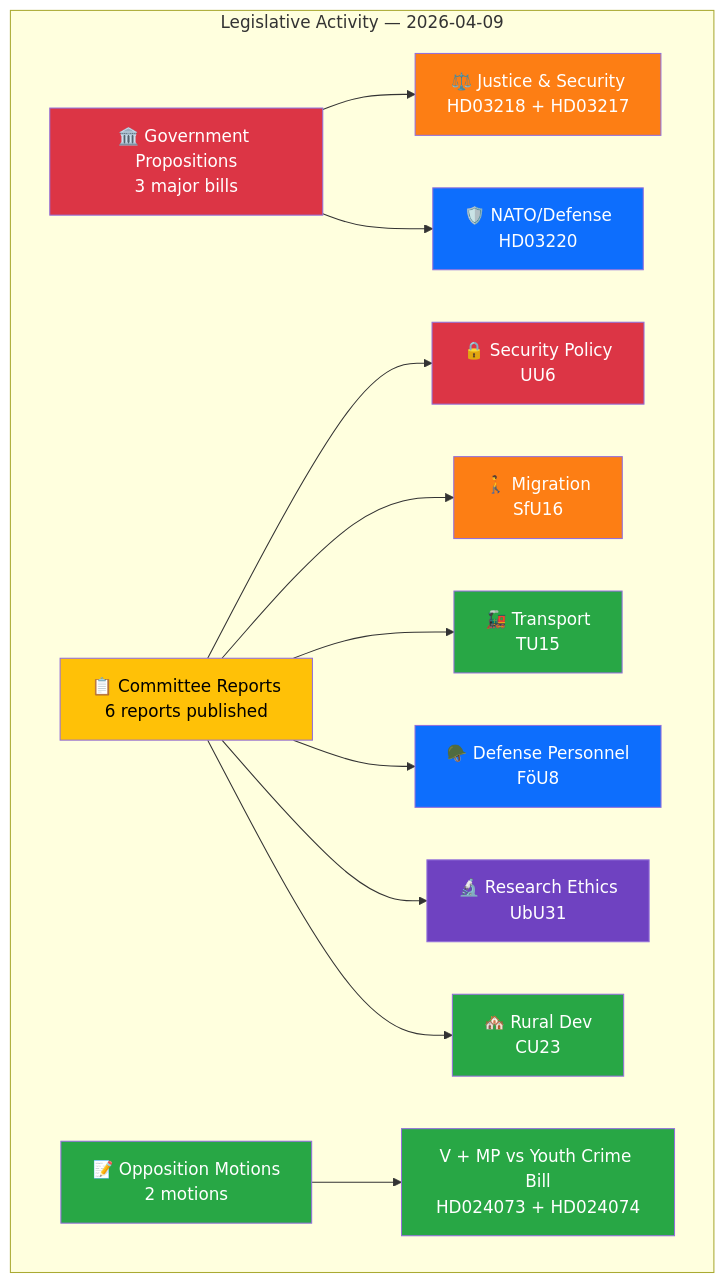
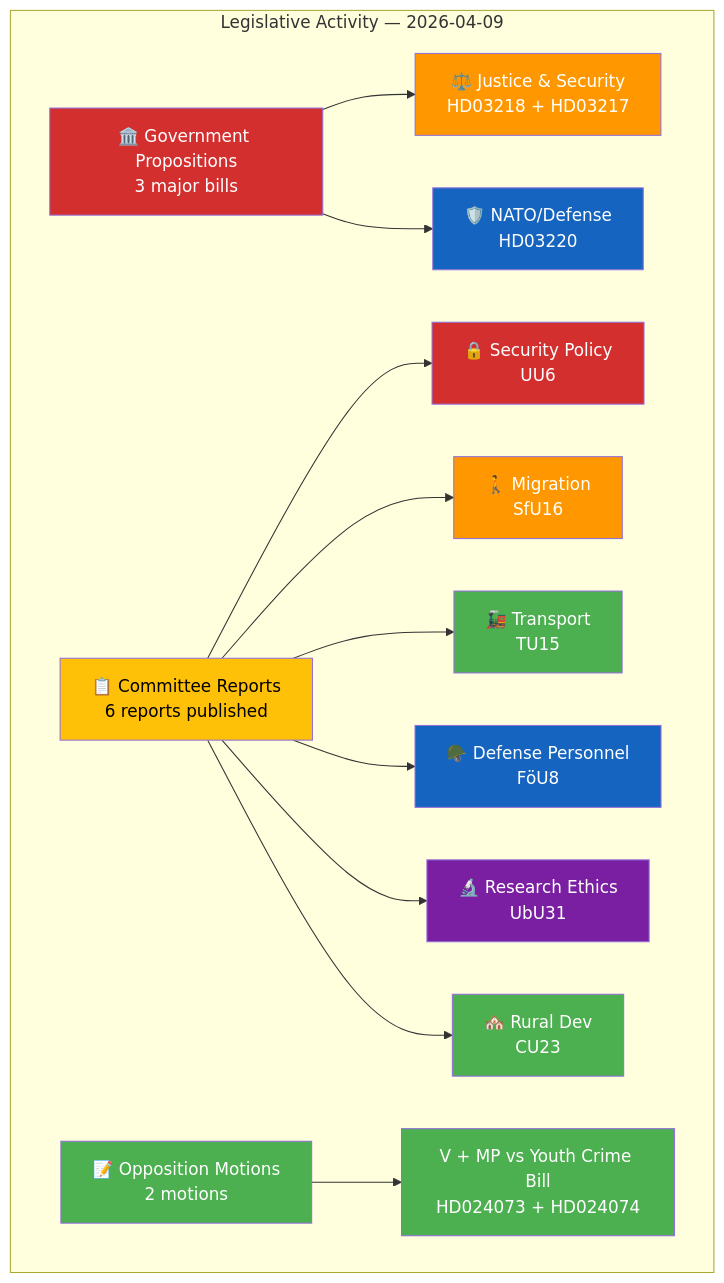
The diagram in analysis/daily/2026-04-09/evening-analysis/synthesis-summary.md (Hack23/riksdagsmonitor), drawn with Mermaid before and after one commit. The commit also changed 785 other files, not shown here.

First line of the commit message:
Normalize mermaid colors across 786 analysis artifacts to ISMS Style Guide palette

````diff
--- a/analysis/daily/2026-04-09/evening-analysis/synthesis-summary.md
+++ b/analysis/daily/2026-04-09/evening-analysis/synthesis-summary.md
@@ -15,26 +15,26 @@
 ```mermaid
 graph TD
     subgraph "Legislative Activity — 2026-04-09"
         A["🏛️ Government Propositions<br/>3 major bills"] --> B["⚖️ Justice & Security<br/>HD03218 + HD03217"]
         A --> C["🛡️ NATO/Defense<br/>HD03220"]
         D["📋 Committee Reports<br/>6 reports published"] --> E["🔒 Security Policy<br/>UU6"]
         D --> F["🚶 Migration<br/>SfU16"]
         D --> G["🚂 Transport<br/>TU15"]
         D --> H["🪖 Defense Personnel<br/>FöU8"]
         D --> I["🔬 Research Ethics<br/>UbU31"]
         D --> J["🏘️ Rural Dev<br/>CU23"]
         K["📝 Opposition Motions<br/>2 motions"] --> L["V + MP vs Youth Crime Bill<br/>HD024073 + HD024074"]
     end
-    style A fill:#dc3545,color:#fff
-    style C fill:#0d6efd,color:#fff
-    style B fill:#fd7e14,color:#fff
-    style D fill:#ffc107,color:#000
-    style E fill:#dc3545,color:#fff
-    style K fill:#28a745,color:#fff
-    style L fill:#28a745,color:#fff
-    style F fill:#fd7e14,color:#fff
-    style G fill:#28a745,color:#fff
-    style H fill:#0d6efd,color:#fff
-    style I fill:#6f42c1,color:#fff
-    style J fill:#28a745,color:#fff
+    style A fill:#D32F2F,color:#FFFFFF
+    style C fill:#1565C0,color:#FFFFFF
+    style B fill:#FF9800,color:#FFFFFF
+    style D fill:#FFC107,color:#000000
+    style E fill:#D32F2F,color:#FFFFFF
+    style K fill:#4CAF50,color:#FFFFFF
+    style L fill:#4CAF50,color:#FFFFFF
+    style F fill:#FF9800,color:#FFFFFF
+    style G fill:#4CAF50,color:#FFFFFF
+    style H fill:#1565C0,color:#FFFFFF
+    style I fill:#7B1FA2,color:#FFFFFF
+    style J fill:#4CAF50,color:#FFFFFF
 ```
````
